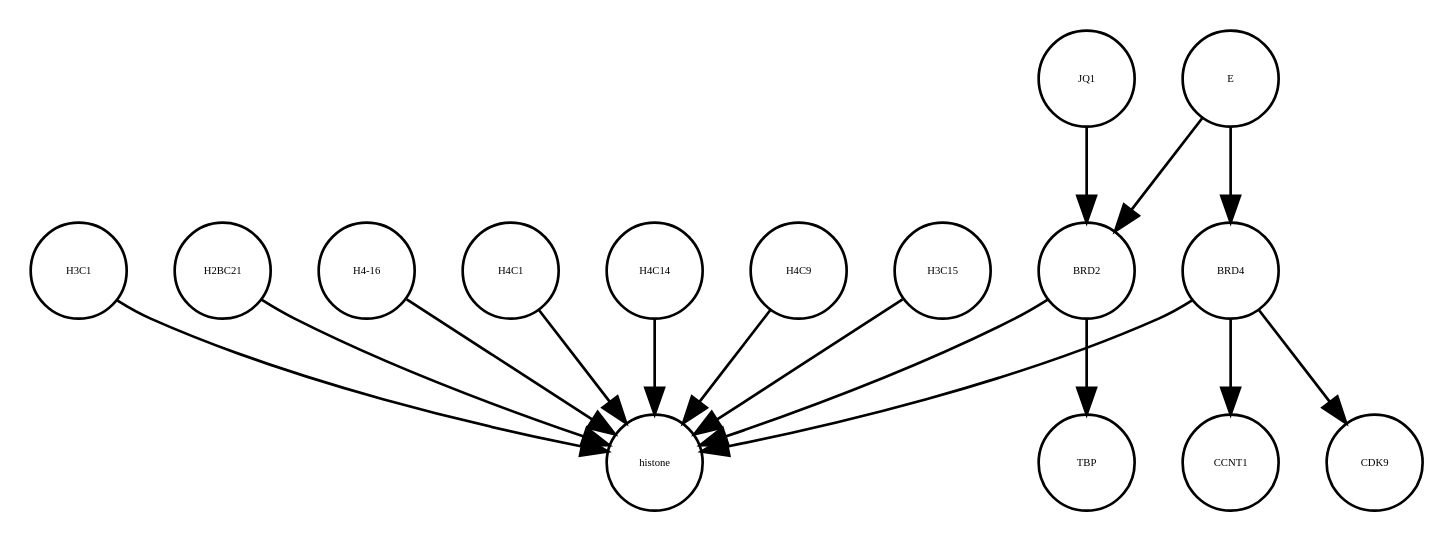
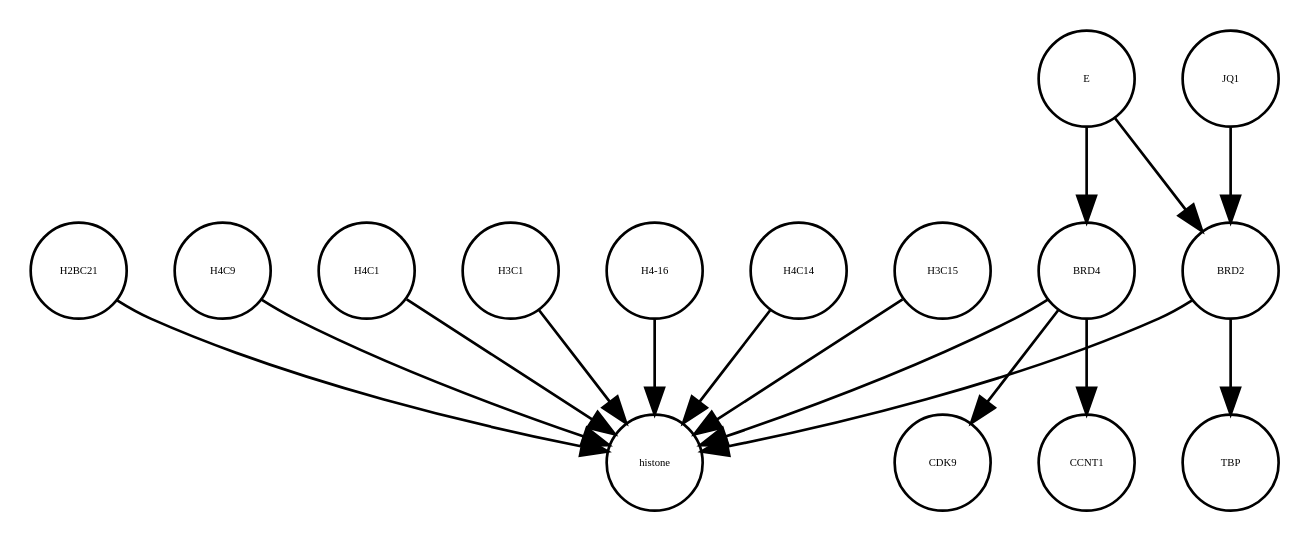
The diagram in E_SARS_CoV_2_22_05_2020.xml_projected.dot (cannin/covid19-sbgn), drawn with Graphviz before and after one commit. The commit also changed other lines of this file and 637 other files, not shown here.

```diff
--- a/E_SARS_CoV_2_22_05_2020.xml_projected.dot
+++ b/E_SARS_CoV_2_22_05_2020.xml_projected.dot
@@ -1,32 +1,32 @@
 strict digraph  {
+histone [annotation="", bipartite=0, cls=complex, fontsize=4, label=histone, shape=circle];
+H4C9 [annotation="", bipartite=0, cls=macromolecule, fontsize=4, label=H4C9, shape=circle];
+H4C1 [annotation="", bipartite=0, cls=macromolecule, fontsize=4, label=H4C1, shape=circle];
+H3C1 [annotation="", bipartite=0, cls=macromolecule, fontsize=4, label=H3C1, shape=circle];
+"H4-16" [annotation="", bipartite=0, cls=macromolecule, fontsize=4, label="H4-16", shape=circle];
+TBP [annotation="", bipartite=0, cls=macromolecule, fontsize=4, label=TBP, shape=circle];
+H4C14 [annotation="", bipartite=0, cls=macromolecule, fontsize=4, label=H4C14, shape=circle];
+H3C15 [annotation="", bipartite=0, cls=macromolecule, fontsize=4, label=H3C15, shape=circle];
+CDK9 [annotation="", bipartite=0, cls=macromolecule, fontsize=4, label=CDK9, shape=circle];
+E [annotation=urn_miriam_ncbiprotein_BCD58755, bipartite=0, cls=macromolecule, fontsize=4, label=E, shape=circle];
 H2BC21 [annotation="", bipartite=0, cls=macromolecule, fontsize=4, label=H2BC21, shape=circle];
-"H4-16" [annotation="", bipartite=0, cls=macromolecule, fontsize=4, label="H4-16", shape=circle];
-H4C1 [annotation="", bipartite=0, cls=macromolecule, fontsize=4, label=H4C1, shape=circle];
+BRD4 [annotation="", bipartite=0, cls=macromolecule, fontsize=4, label=BRD4, shape=circle];
+JQ1 [annotation="", bipartite=0, cls=macromolecule, fontsize=4, label=JQ1, shape=circle];
+BRD2 [annotation="", bipartite=0, cls=macromolecule, fontsize=4, label=BRD2, shape=circle];
 CCNT1 [annotation="", bipartite=0, cls=macromolecule, fontsize=4, label=CCNT1, shape=circle];
-H4C14 [annotation="", bipartite=0, cls=macromolecule, fontsize=4, label=H4C14, shape=circle];
-E [annotation=urn_miriam_ncbiprotein_BCD58755, bipartite=0, cls=macromolecule, fontsize=4, label=E, shape=circle];
-H4C9 [annotation="", bipartite=0, cls=macromolecule, fontsize=4, label=H4C9, shape=circle];
-TBP [annotation="", bipartite=0, cls=macromolecule, fontsize=4, label=TBP, shape=circle];
-BRD2 [annotation="", bipartite=0, cls=macromolecule, fontsize=4, label=BRD2, shape=circle];
-CDK9 [annotation="", bipartite=0, cls=macromolecule, fontsize=4, label=CDK9, shape=circle];
-BRD4 [annotation="", bipartite=0, cls=macromolecule, fontsize=4, label=BRD4, shape=circle];
-H3C15 [annotation="", bipartite=0, cls=macromolecule, fontsize=4, label=H3C15, shape=circle];
-JQ1 [annotation="", bipartite=0, cls=macromolecule, fontsize=4, label=JQ1, shape=circle];
-histone [annotation="", bipartite=0, cls=complex, fontsize=4, label=histone, shape=circle];
-H3C1 [annotation="", bipartite=0, cls=macromolecule, fontsize=4, label=H3C1, shape=circle];
+H4C9 -> histone  [annotation="", interaction_type=production];
+H4C1 -> histone  [annotation="", interaction_type=production];
+H3C1 -> histone  [annotation="", interaction_type=production];
+"H4-16" -> histone  [annotation="", interaction_type=production];
+H4C14 -> histone  [annotation="", interaction_type=production];
+H3C15 -> histone  [annotation="", interaction_type=production];
+E -> BRD2  [annotation="urn_miriam_doi_10.1038%2Fs41586-020-2286-9|urn_miriam_doi_10.1080%2F15592294.2018.1469891", interaction_type=inhibition];
+E -> BRD4  [annotation="urn_miriam_doi_10.1038%2Fs41586-020-2286-9", interaction_type=inhibition];
 H2BC21 -> histone  [annotation="", interaction_type=production];
-"H4-16" -> histone  [annotation="", interaction_type=production];
-H4C1 -> histone  [annotation="", interaction_type=production];
-H4C14 -> histone  [annotation="", interaction_type=production];
-E -> BRD4  [annotation="urn_miriam_doi_10.1038%2Fs41586-020-2286-9", interaction_type=inhibition];
-E -> BRD2  [annotation="urn_miriam_doi_10.1038%2Fs41586-020-2286-9|urn_miriam_doi_10.1080%2F15592294.2018.1469891", interaction_type=inhibition];
-H4C9 -> histone  [annotation="", interaction_type=production];
+BRD4 -> histone  [annotation="urn_miriam_doi_10.1038%2Fnsmb.3228.|urn_miriam_doi_10.1016%2Fj.molcel.2008.01.018", interaction_type=catalysis];
+BRD4 -> CDK9  [annotation=urn_miriam_taxonomy_10090, interaction_type=catalysis];
+BRD4 -> CCNT1  [annotation="", interaction_type=catalysis];
+JQ1 -> BRD2  [annotation="urn_miriam_doi_10.1038%2Fs41586-020-2286-9|urn_miriam_doi_10.1080%2F15592294.2018.1469891", interaction_type=inhibition];
 BRD2 -> histone  [annotation="urn_miriam_doi_10.1038%2Fnsmb.3228.|urn_miriam_doi_10.1016%2Fj.molcel.2008.01.018", interaction_type=catalysis];
 BRD2 -> TBP  [annotation="urn_miriam_doi_10.1007%2Fs11010-006-9223-6", interaction_type=catalysis];
-BRD4 -> histone  [annotation="urn_miriam_doi_10.1038%2Fnsmb.3228.|urn_miriam_doi_10.1016%2Fj.molcel.2008.01.018", interaction_type=catalysis];
-BRD4 -> CCNT1  [annotation="", interaction_type=catalysis];
-BRD4 -> CDK9  [annotation=urn_miriam_taxonomy_10090, interaction_type=catalysis];
-H3C15 -> histone  [annotation="", interaction_type=production];
-JQ1 -> BRD2  [annotation="urn_miriam_doi_10.1038%2Fs41586-020-2286-9|urn_miriam_doi_10.1080%2F15592294.2018.1469891", interaction_type=inhibition];
-H3C1 -> histone  [annotation="", interaction_type=production];
 }
```
